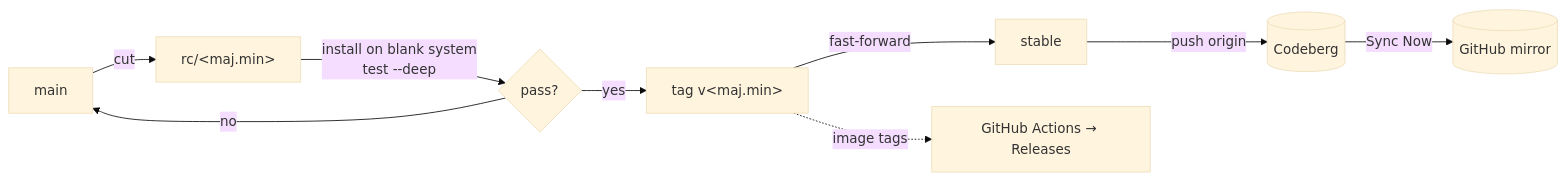
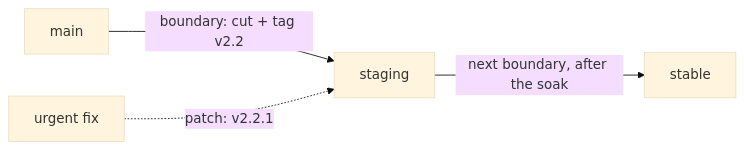
Before and after one commit to TAPPaaS/TAPPaaS: the diagram in release/README.md, drawn with Mermaid (base theme). The commit also changed other lines of this file and 12 other files, not shown here.

````diff
--- a/release/README.md
+++ b/release/README.md
@@ -24,11 +12,6 @@
 ```mermaid
 flowchart LR
-  M[main] -->|cut| RC[rc/&lt;maj.min&gt;]
-  RC -->|install on blank system<br/>test --deep| T{pass?}
-  T -->|no| M
-  T -->|yes| TAG[tag v&lt;maj.min&gt;]
-  TAG -->|fast-forward| S[stable]
-  S -->|push origin| CB[(Codeberg)]
-  CB -->|Sync Now| GH[(GitHub mirror)]
-  TAG -.image tags.-> GHA[GitHub Actions → Releases]
+  M[main] -->|boundary: cut + tag v2.2| S[staging]
+  S -->|next boundary, after the soak| P[stable]
+  F[urgent fix] -.->|patch: v2.2.1| S
 ```
````
